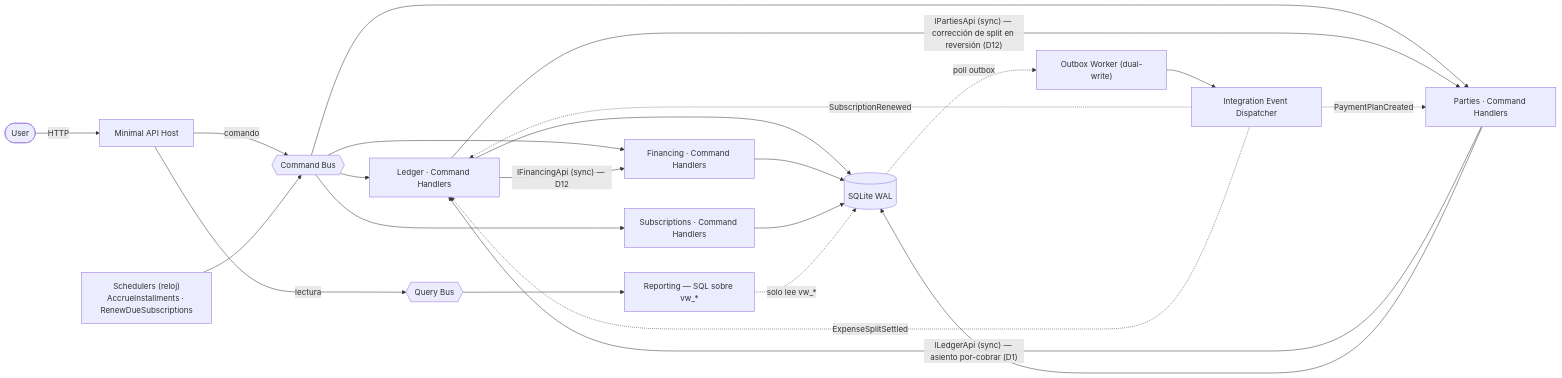
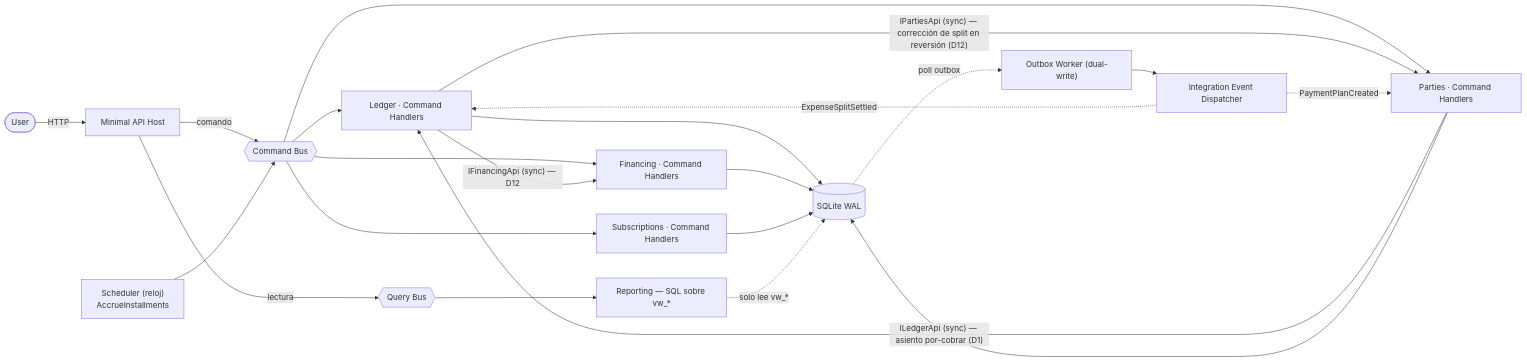
Before and after one commit to InakiPoch/personal-finance-app: the diagram in app/api/docs/DESIGN.md, drawn with Mermaid. The commit also changed other lines of this file and 9 other files, not shown here.

````diff
--- a/app/api/docs/DESIGN.md
+++ b/app/api/docs/DESIGN.md
@@ -230,32 +229,31 @@
 ```mermaid
 flowchart LR
     User([User]) -->|HTTP| API["Minimal API Host"]
     API -->|comando| CBus{{"Command Bus"}}
     API -->|lectura| QBus{{"Query Bus"}}
 
     CBus --> LC["Ledger · Command Handlers"]
     CBus --> FC["Financing · Command Handlers"]
     CBus --> SC["Subscriptions · Command Handlers"]
     CBus --> PC["Parties · Command Handlers"]
 
     LC -->|"IFinancingApi (sync) — D12"| FC
     LC -->|"IPartiesApi (sync) — corrección de split en reversión (D12)"| PC
     PC -->|"ILedgerApi (sync) — asiento por-cobrar (D1)"| LC
 
     QBus --> Rep["Reporting — SQL sobre vw_*"]
 
-    Sched["Schedulers (reloj)<br/>AccrueInstallments · RenewDueSubscriptions"] --> CBus
+    Sched["Scheduler (reloj)<br/>AccrueInstallments"] --> CBus
 
     DB[("SQLite WAL")]
     LC --> DB
     FC --> DB
     SC --> DB
     PC --> DB
     Rep -.->|solo lee vw_*| DB
 
     DB -.->|poll outbox| Worker["Outbox Worker (dual-write)"]
     Worker --> Disp["Integration Event Dispatcher"]
     Disp -.->|PaymentPlanCreated| PC
-    Disp -.->|SubscriptionRenewed| LC
     Disp -.->|ExpenseSplitSettled| LC
 ```
````
